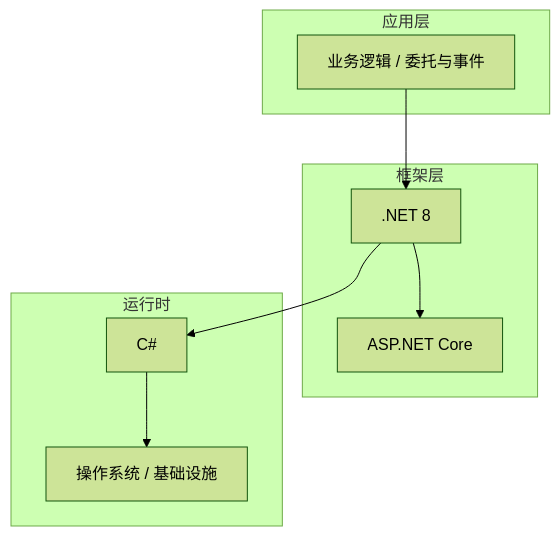
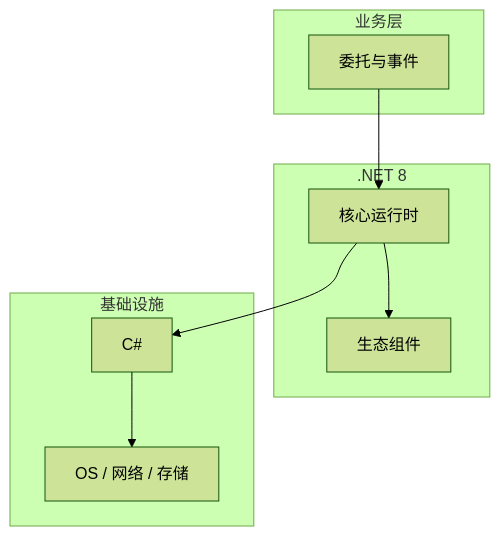
One commit to yanggan2015/knowledge-json-v2 changed the diagram in articles/C#/chapters/029-委托与事件核心概念与原理.md. Above: the diagram before and after it, drawn with Mermaid (forest theme). The commit also changed other lines of this file and 10127 other files, not shown here.

````diff
--- a/articles/C#/chapters/029-委托与事件核心概念与原理.md
+++ b/articles/C#/chapters/029-委托与事件核心概念与原理.md
@@ -45,18 +34,18 @@
 ```mermaid
 graph TB
-    subgraph 应用层
-        A[业务逻辑 / 委托与事件]
+    subgraph 业务层
+        A[委托与事件]
     end
-    subgraph 框架层
-        B[.NET 8]
-        C[ASP.NET Core]
+    subgraph .NET 8
+        B[核心运行时]
+        C[生态组件]
     end
-    subgraph 运行时
+    subgraph 基础设施
         D[C#]
-        E[操作系统 / 基础设施]
+        E[OS / 网络 / 存储]
     end
     A --> B
     B --> C
     B --> D
     D --> E
 ```
````
